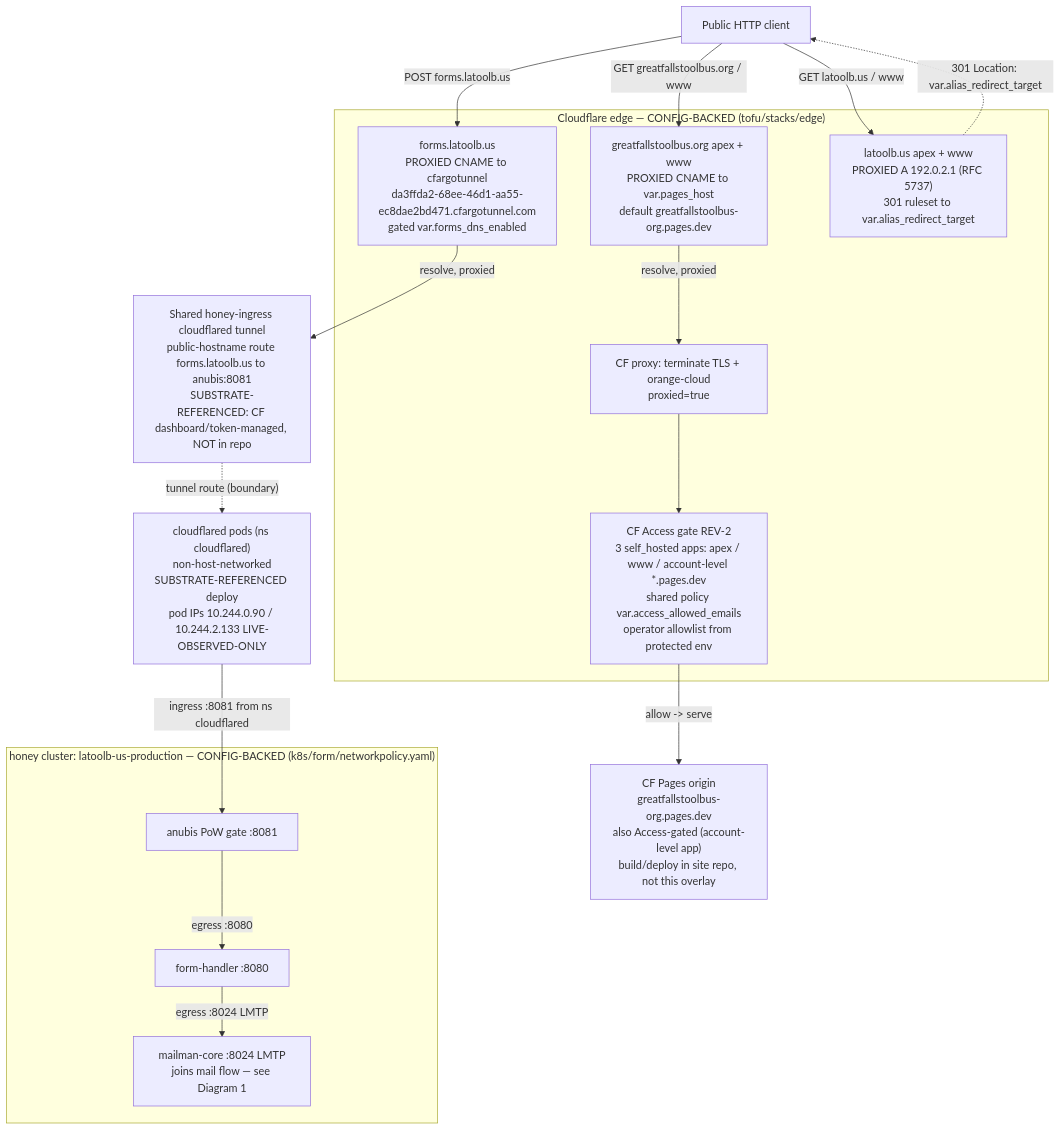
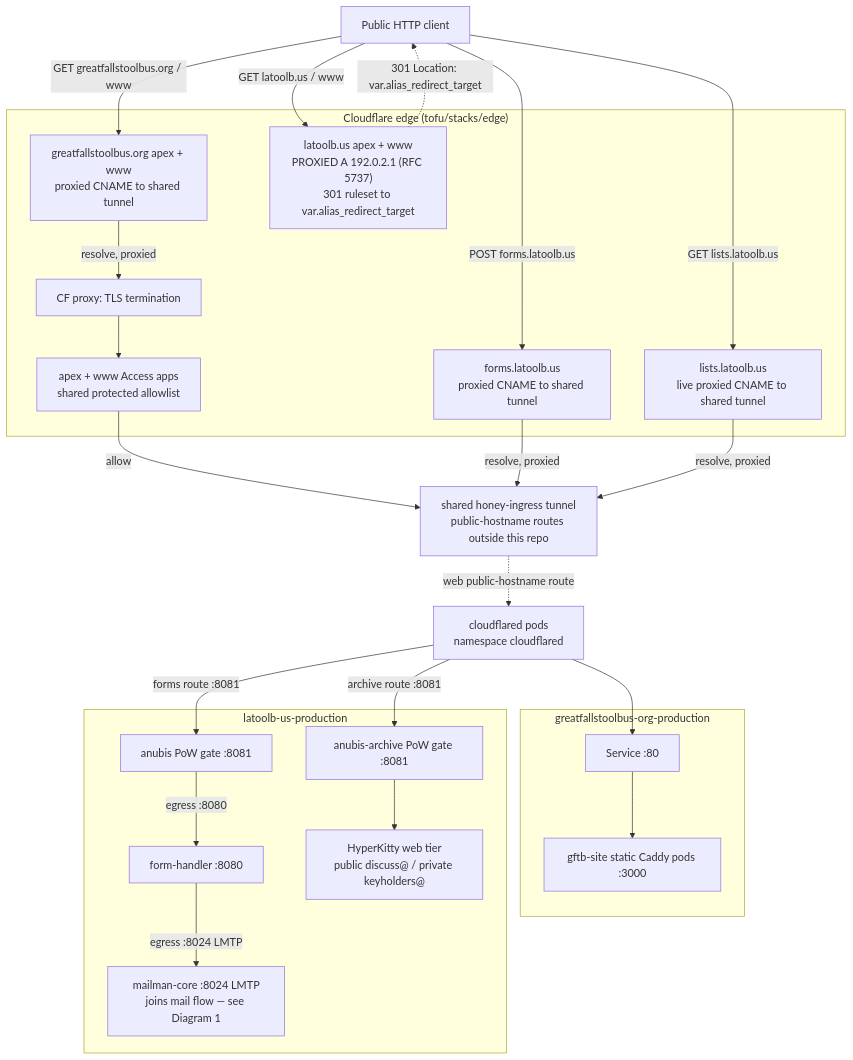
The fifth of 5 diagrams in docs/architecture/diagrams.md (Great-Falls-Tool-Bus/great-falls-tool-bus-infra), drawn with Mermaid before and after one commit. The commit also changed other lines of this file and 29 other files, not shown here.

````diff
--- a/docs/architecture/diagrams.md
+++ b/docs/architecture/diagrams.md
@@ -252,39 +229,50 @@
 ```mermaid
 flowchart TD
     client["Public HTTP client"]
 
-    subgraph cf["Cloudflare edge — CONFIG-BACKED (tofu/stacks/edge)"]
-        webdns["greatfallstoolbus.org apex + www<br/>PROXIED CNAME to var.pages_host<br/>default greatfallstoolbus-org.pages.dev"]
-        proxy["CF proxy: terminate TLS + orange-cloud<br/>proxied=true"]
-        access["CF Access gate REV-2<br/>3 self_hosted apps: apex / www / account-level *.pages.dev<br/>shared policy var.access_allowed_emails<br/>operator allowlist from protected env"]
-        formsdns["forms.latoolb.us<br/>PROXIED CNAME to cfargotunnel<br/>da3ffda2-68ee-46d1-aa55-ec8dae2bd471.cfargotunnel.com<br/>gated var.forms_dns_enabled"]
+    subgraph cf["Cloudflare edge (tofu/stacks/edge)"]
+        webdns["greatfallstoolbus.org apex + www<br/>proxied CNAME to shared tunnel"]
+        proxy["CF proxy: TLS termination"]
+        access["apex + www Access apps<br/>shared protected allowlist"]
+        formsdns["forms.latoolb.us<br/>proxied CNAME to shared tunnel"]
+        listsdns["lists.latoolb.us<br/>live proxied CNAME to shared tunnel"]
         aliasdns["latoolb.us apex + www<br/>PROXIED A 192.0.2.1 (RFC 5737)<br/>301 ruleset to var.alias_redirect_target"]
     end
 
-    pages["CF Pages origin<br/>greatfallstoolbus-org.pages.dev<br/>also Access-gated (account-level app)<br/>build/deploy in site repo, not this overlay"]
+    tunnel["shared honey-ingress tunnel<br/>public-hostname routes outside this repo"]
+    cfd["cloudflared pods<br/>namespace cloudflared"]
 
-    tunnel["Shared honey-ingress cloudflared tunnel<br/>public-hostname route forms.latoolb.us to anubis:8081<br/>SUBSTRATE-REFERENCED: CF dashboard/token-managed, NOT in repo"]
+    subgraph webcluster["greatfallstoolbus-org-production"]
+        websvc["Service :80"]
+        web["gftb-site static Caddy pods :3000"]
+    end
 
-    cfd["cloudflared pods (ns cloudflared)<br/>non-host-networked<br/>SUBSTRATE-REFERENCED deploy<br/>pod IPs 10.244.0.90 / 10.244.2.133 LIVE-OBSERVED-ONLY"]
-
-    subgraph cluster["honey cluster: latoolb-us-production — CONFIG-BACKED (k8s/form/networkpolicy.yaml)"]
+    subgraph formcluster["latoolb-us-production"]
         anubis["anubis PoW gate :8081"]
         fh["form-handler :8080"]
         mmc["mailman-core :8024 LMTP<br/>joins mail flow — see Diagram 1"]
+        anubisarchive["anubis-archive PoW gate :8081"]
+        hyperkitty["HyperKitty web tier<br/>public discuss@ / private keyholders@"]
     end
 
     client -->|"GET greatfallstoolbus.org / www"| webdns
     webdns -->|"resolve, proxied"| proxy
     proxy --> access
-    access -->|"allow -> serve"| pages
+    access -->|"allow"| tunnel
+    tunnel -.->|"web public-hostname route"| cfd
+    cfd --> websvc --> web
 
     client -->|"POST forms.latoolb.us"| formsdns
     formsdns -->|"resolve, proxied"| tunnel
-    tunnel -.->|"tunnel route (boundary)"| cfd
-    cfd -->|"ingress :8081 from ns cloudflared"| anubis
+    cfd -->|"forms route :8081"| anubis
     anubis -->|"egress :8080"| fh
     fh -->|"egress :8024 LMTP"| mmc
+
+    client -->|"GET lists.latoolb.us"| listsdns
+    listsdns -->|"resolve, proxied"| tunnel
+    cfd -->|"archive route :8081"| anubisarchive
+    anubisarchive --> hyperkitty
 
     client -->|"GET latoolb.us / www"| aliasdns
     aliasdns -.->|"301 Location: var.alias_redirect_target"| client
 ```
````
